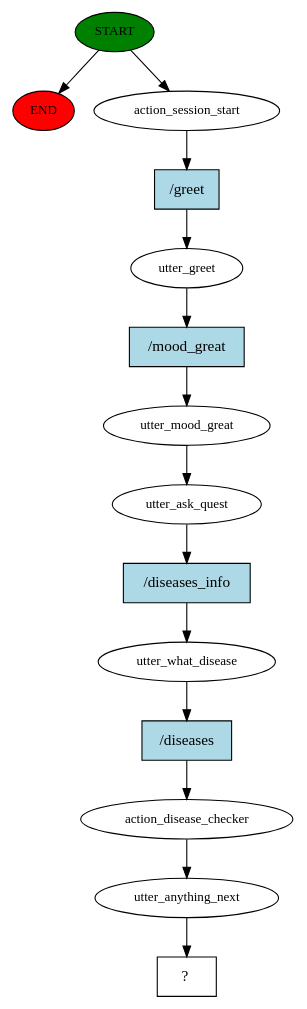
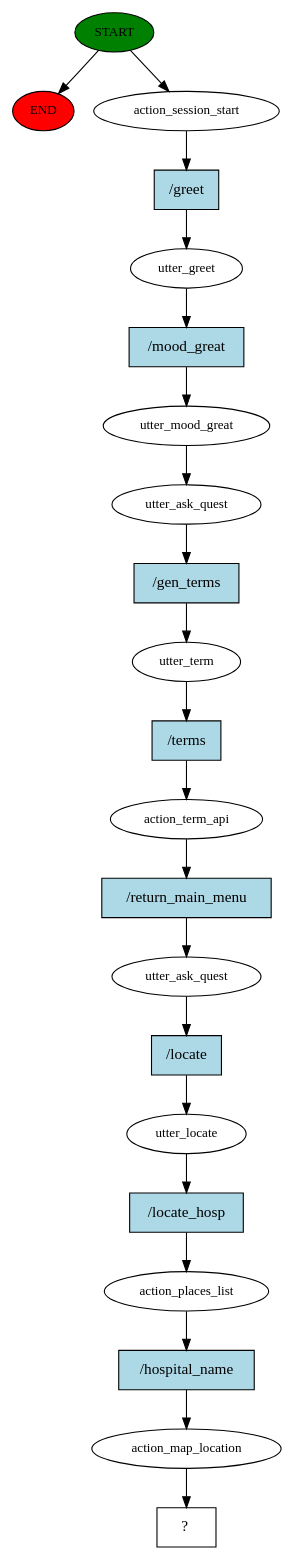
One commit to mebaidoo/Medical-Chatbot-Capstone changed the diagram in story_graph.dot. Above: the diagram before and after it, drawn with Graphviz. The commit also changed 742 other files, not shown here.

```diff
--- a/story_graph.dot
+++ b/story_graph.dot
@@ -1,29 +1,43 @@
 digraph  {
 0 [class="start active", fillcolor=green, fontsize=12, label=START, style=filled];
 "-1" [class=end, fillcolor=red, fontsize=12, label=END, style=filled];
 1 [class=active, fontsize=12, label=action_session_start];
 2 [class=active, fontsize=12, label=utter_greet];
 3 [class=active, fontsize=12, label=utter_mood_great];
 4 [class=active, fontsize=12, label=utter_ask_quest];
-5 [class=active, fontsize=12, label=utter_what_disease];
-6 [class=active, fontsize=12, label=action_disease_checker];
-7 [class=active, fontsize=12, label=utter_anything_next];
-8 [class="intent dashed active", label="  ?  ", shape=rect];
-9 [class="intent active", fillcolor=lightblue, label="/greet", shape=rect, style=filled];
-10 [class="intent active", fillcolor=lightblue, label="/mood_great", shape=rect, style=filled];
-11 [class="intent active", fillcolor=lightblue, label="/diseases_info", shape=rect, style=filled];
-12 [class="intent active", fillcolor=lightblue, label="/diseases", shape=rect, style=filled];
+5 [class=active, fontsize=12, label=utter_term];
+6 [class=active, fontsize=12, label=action_term_api];
+7 [class=active, fontsize=12, label=utter_ask_quest];
+8 [class=active, fontsize=12, label=utter_locate];
+9 [class=active, fontsize=12, label=action_places_list];
+10 [class=active, fontsize=12, label=action_map_location];
+11 [class="intent dashed active", label="  ?  ", shape=rect];
+12 [class="intent active", fillcolor=lightblue, label="/greet", shape=rect, style=filled];
+13 [class="intent active", fillcolor=lightblue, label="/mood_great", shape=rect, style=filled];
+14 [class="intent active", fillcolor=lightblue, label="/gen_terms", shape=rect, style=filled];
+15 [class="intent active", fillcolor=lightblue, label="/terms", shape=rect, style=filled];
+16 [class="intent active", fillcolor=lightblue, label="/return_main_menu", shape=rect, style=filled];
+17 [class="intent active", fillcolor=lightblue, label="/locate", shape=rect, style=filled];
+18 [class="intent active", fillcolor=lightblue, label="/locate_hosp", shape=rect, style=filled];
+19 [class="intent active", fillcolor=lightblue, label="/hospital_name", shape=rect, style=filled];
 0 -> "-1"  [class="", key=NONE, label=""];
 0 -> 1  [class=active, key=NONE, label=""];
-1 -> 9  [class=active, key=0];
-2 -> 10  [class=active, key=0];
+1 -> 12  [class=active, key=0];
+2 -> 13  [class=active, key=0];
 3 -> 4  [class=active, key=NONE, label=""];
-4 -> 11  [class=active, key=0];
-5 -> 12  [class=active, key=0];
-6 -> 7  [class=active, key=NONE, label=""];
-7 -> 8  [class=active, key=NONE, label=""];
-9 -> 2  [class=active, key=0];
-10 -> 3  [class=active, key=0];
-11 -> 5  [class=active, key=0];
-12 -> 6  [class=active, key=0];
+4 -> 14  [class=active, key=0];
+5 -> 15  [class=active, key=0];
+6 -> 16  [class=active, key=0];
+7 -> 17  [class=active, key=0];
+8 -> 18  [class=active, key=0];
+9 -> 19  [class=active, key=0];
+10 -> 11  [class=active, key=NONE, label=""];
+12 -> 2  [class=active, key=0];
+13 -> 3  [class=active, key=0];
+14 -> 5  [class=active, key=0];
+15 -> 6  [class=active, key=0];
+16 -> 7  [class=active, key=0];
+17 -> 8  [class=active, key=0];
+18 -> 9  [class=active, key=0];
+19 -> 10  [class=active, key=0];
 }
```
